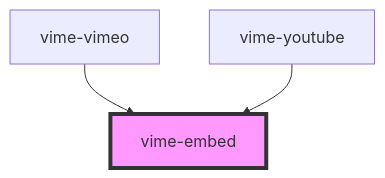
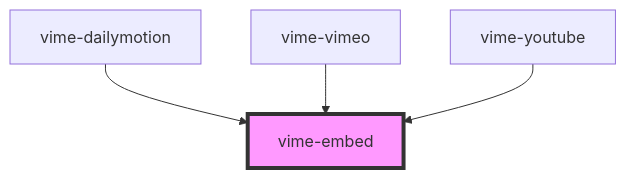
The diagram in packages/core/src/components/core/embed/readme.md (vime-js/vime), drawn with Mermaid before and after one commit. The commit also changed other lines of this file and 60 other files, not shown here.

````diff
--- a/packages/core/src/components/core/embed/readme.md
+++ b/packages/core/src/components/core/embed/readme.md
@@ -51,6 +70,7 @@
 ```mermaid
 graph TD;
+  vime-dailymotion --> vime-embed
   vime-vimeo --> vime-embed
   vime-youtube --> vime-embed
   style vime-embed fill:#f9f,stroke:#333,stroke-width:4px
 ```
````
